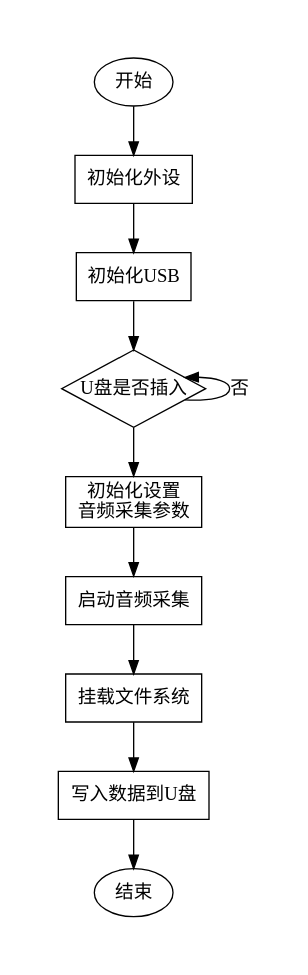
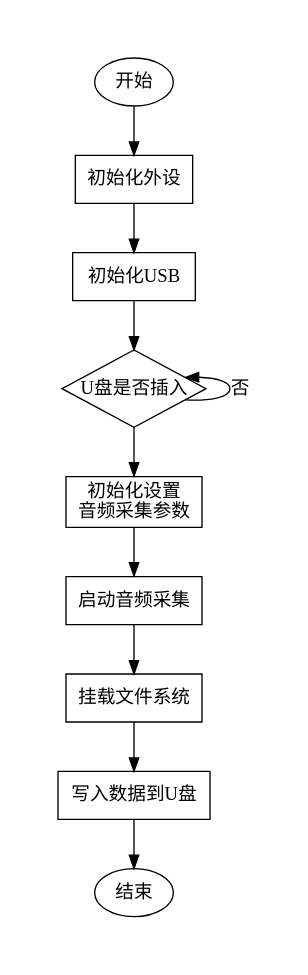
One commit to xahhy/audio-sampling changed the diagram in audio.dot. Above: the diagram before and after it, drawn with Graphviz.

```diff
--- a/audio.dot
+++ b/audio.dot
@@ -1,24 +1,22 @@
 
 digraph AudioSampling {
-  graph [fontname = "微软雅黑"];
-  node [fontname = "微软雅黑",pad="0.5"];
-  edge [fontname = "微软雅黑"];
+  node [pad="0.5"];
   pad="0.5"
 
   start
   node[shape="box"]
   start -> init_basic -> init_usb ->check_usb_status
   check_usb_status -> check_usb_status [label="否",dir="back"]
   check_usb_status -> init_audio -> start_audio ->init_fs -> write_file
   write_file -> stop 
 
   start [label="开始",labelloc=c]
   init_basic [label="初始化外设"]
   init_usb [label="初始化USB"]
   check_usb_status [shape="diamond", label="U盘是否插入",fixedsize="true", width="1.5", height=".8"]
   init_audio [label="初始化设置\n音频采集参数"]
   start_audio [label="启动音频采集"]
   init_fs [label="挂载文件系统"]
   write_file [label="写入数据到U盘"]
   stop [shape="oval", label="结束"]
 }
```
